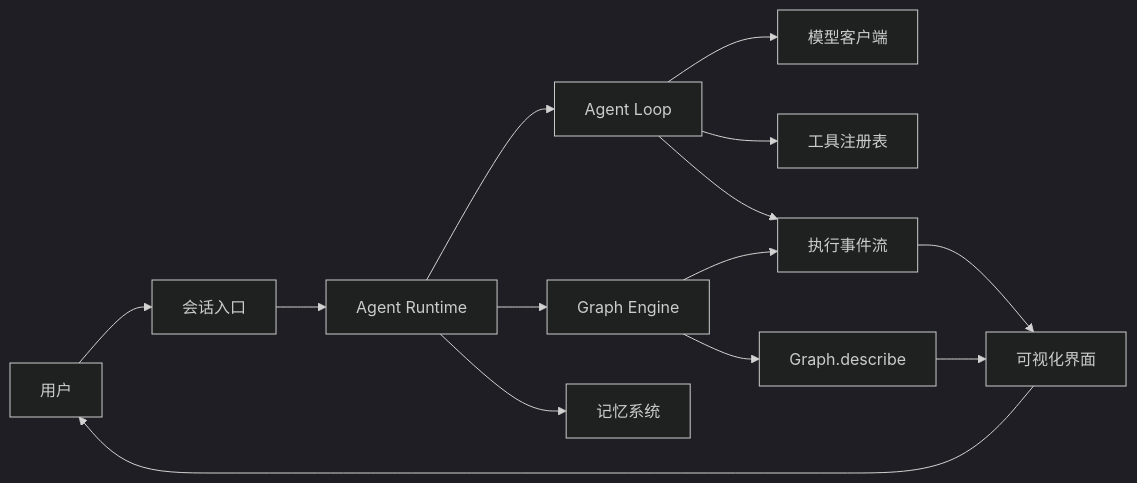
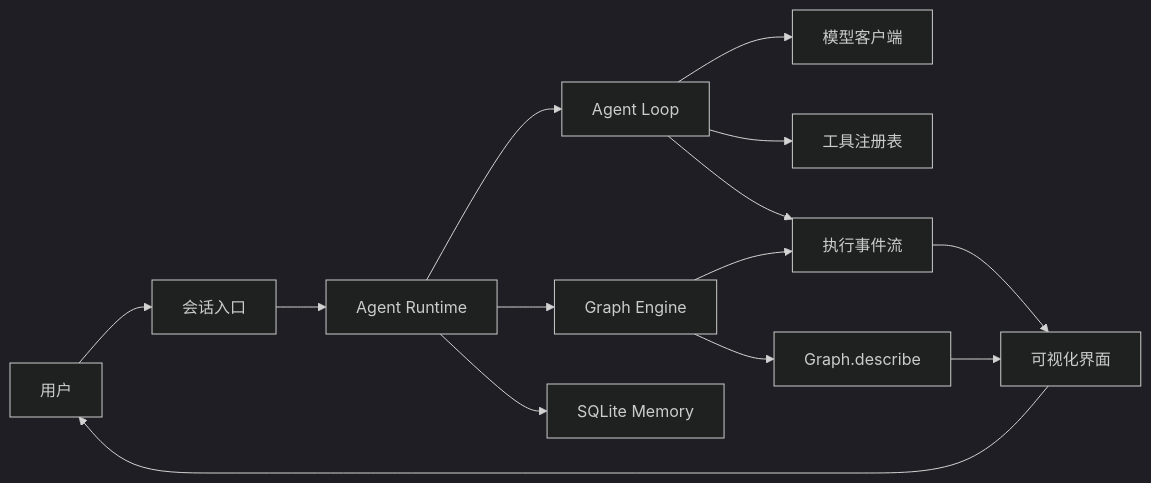
Before and after one commit to z114880/everything-agent: the diagram in README.md, drawn with Mermaid (dark theme). The commit also changed other lines of this file and 35 other files, not shown here.

````diff
--- a/README.md
+++ b/README.md
@@ -60,16 +64,16 @@
 ```mermaid
 flowchart LR
     U[用户] --> C[会话入口]
     C --> R[Agent Runtime]
     R --> L[Agent Loop]
     R --> G[Graph Engine]
     L --> M[模型客户端]
     L --> T[工具注册表]
-    R --> ME[记忆系统]
+    R --> ME[SQLite Memory]
     L --> E[执行事件流]
     G --> E[执行事件流]
     G --> D[Graph.describe]
     E --> V[可视化界面]
     D --> V
     V --> U
 ```
````
